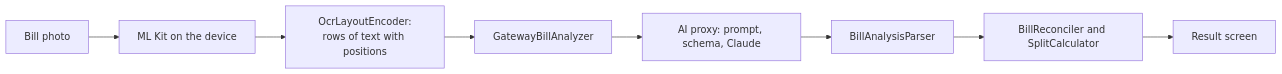
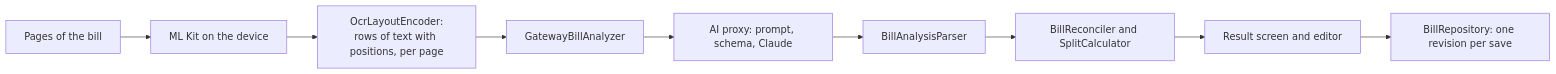
The second of 2 diagrams in docs/architecture.md (dantech0xff/split-bill-poc), drawn with Mermaid before and after one commit. The commit also changed other lines of this file and 2 other files, not shown here.

Commit message:
docs: describe the bills kept on the phone, the editor, scanning and split modes

````diff
--- a/docs/architecture.md
+++ b/docs/architecture.md
@@ -89,10 +92,11 @@
 ```mermaid
 flowchart LR
-    photo[Bill photo] --> ocr[ML Kit on the device]
-    ocr --> rows[OcrLayoutEncoder:<br/>rows of text with positions]
+    photo[Pages of the bill] --> ocr[ML Kit on the device]
+    ocr --> rows[OcrLayoutEncoder:<br/>rows of text with positions, per page]
     rows --> client[GatewayBillAnalyzer]
     client --> proxy[AI proxy: prompt, schema, Claude]
     proxy --> parser[BillAnalysisParser]
     parser --> calc[BillReconciler and SplitCalculator]
-    calc --> ui[Result screen]
+    calc --> ui[Result screen and editor]
+    ui --> store[BillRepository: one revision per save]
 ```
````
